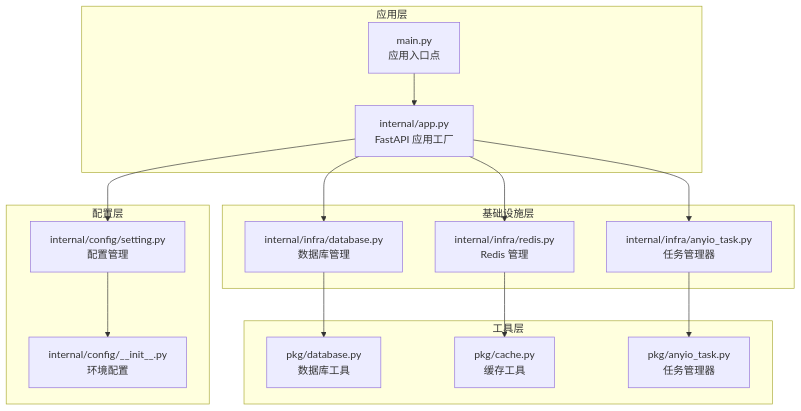
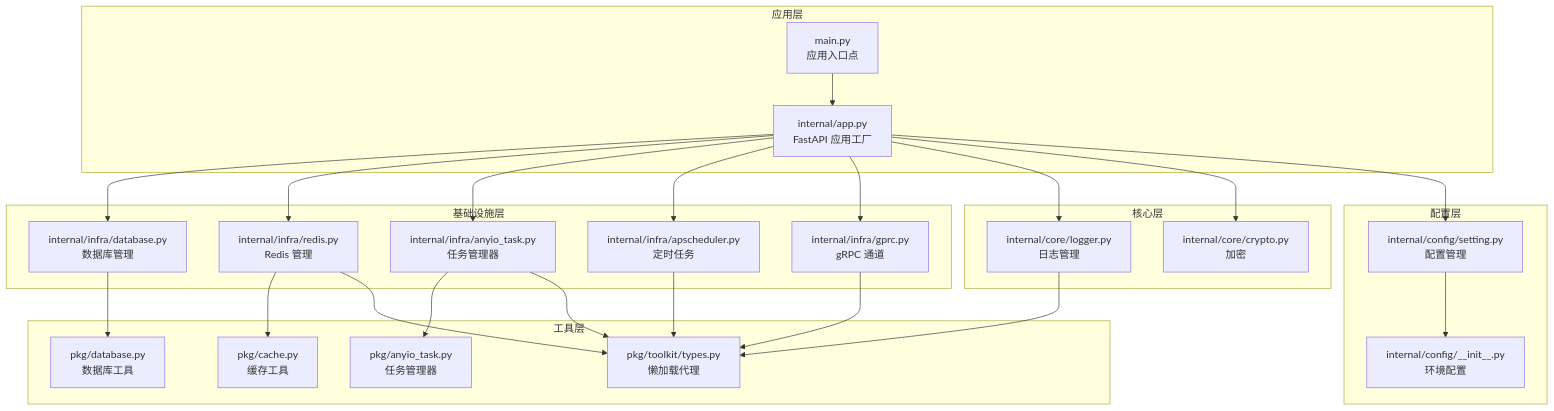
Before and after one commit to lilinzezzzzzz/fastapi-backend: the first of 9 diagrams in .qoder/repowiki/zh/content/核心架构设计/应用生命周期管理.md, drawn with Mermaid. The commit also changed other lines of this file and 4 other files, not shown here.

First line of the commit message:
feat(core): 引入 LazyProxy 机制保障组件延迟安全初始化

````diff
--- a/.qoder/repowiki/zh/content/核心架构设计/应用生命周期管理.md
+++ b/.qoder/repowiki/zh/content/核心架构设计/应用生命周期管理.md
@@ -40,30 +49,46 @@
 ```mermaid
 graph TB
 subgraph "应用层"
 Main[main.py<br/>应用入口点]
 App[internal/app.py<br/>FastAPI 应用工厂]
 end
 subgraph "基础设施层"
 DB[internal/infra/database.py<br/>数据库管理]
 Redis[internal/infra/redis.py<br/>Redis 管理]
 AnyIO[internal/infra/anyio_task.py<br/>任务管理器]
+APScheduler[internal/infra/apscheduler.py<br/>定时任务]
+gRPC[internal/infra/gprc.py<br/>gRPC 通道]
+end
+subgraph "核心层"
+Logger[internal/core/logger.py<br/>日志管理]
+Crypto[internal/core/crypto.py<br/>加密]
 end
 subgraph "工具层"
 DBUtils[pkg/database.py<br/>数据库工具]
 CacheUtils[pkg/cache.py<br/>缓存工具]
 TaskMgr[pkg/anyio_task.py<br/>任务管理器]
+LazyProxy[pkg/toolkit/types.py<br/>懒加载代理]
 end
 subgraph "配置层"
 Config[internal/config/setting.py<br/>配置管理]
 Env[internal/config/__init__.py<br/>环境配置]
 end
 Main --> App
 App --> DB
 App --> Redis
 App --> AnyIO
+App --> APScheduler
+App --> gRPC
+App --> Logger
+App --> Crypto
 DB --> DBUtils
 Redis --> CacheUtils
 AnyIO --> TaskMgr
 App --> Config
 Config --> Env
+Logger --> LazyProxy
+Redis --> LazyProxy
+AnyIO --> LazyProxy
+APScheduler --> LazyProxy
+gRPC --> LazyProxy
 ```
````
